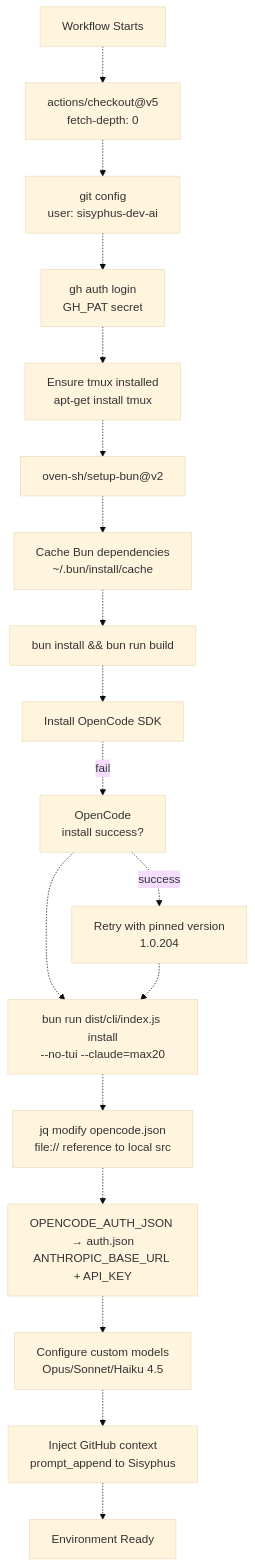
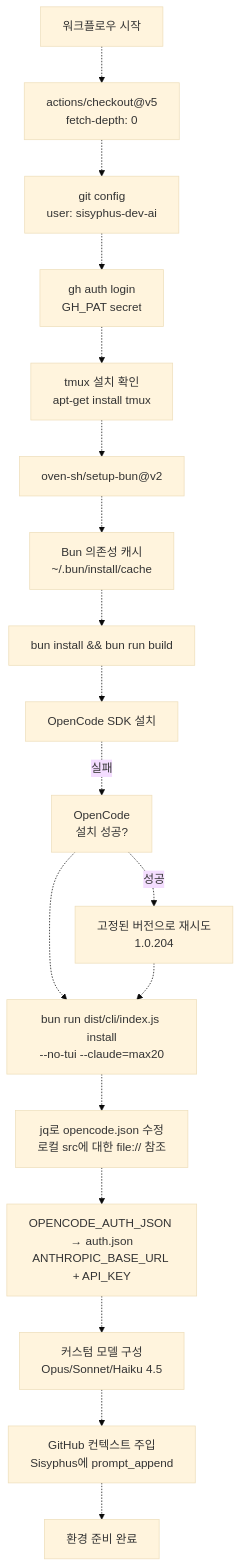
The third of 7 diagrams in docs/automation/github-actions-integration.md (felipetruman/oh-my-opencode-docs), drawn with Mermaid (base theme) before and after one commit. The commit also changed other lines of this file and 76 other files, not shown here.

````diff
--- a/docs/automation/github-actions-integration.md
+++ b/docs/automation/github-actions-integration.md
@@ -153,39 +153,39 @@
 ```mermaid
 flowchart TD
 
-Start["Workflow Starts"]
+Start["워크플로우 시작"]
 Checkout["actions/checkout@v5<br>fetch-depth: 0"]
 GitConfig["git config<br>user: sisyphus-dev-ai"]
 GHAuth["gh auth login<br>GH_PAT secret"]
-TmuxCheck["Ensure tmux installed<br>apt-get install tmux"]
+TmuxCheck["tmux 설치 확인<br>apt-get install tmux"]
 BunSetup["oven-sh/setup-bun@v2"]
-BunCache["Cache Bun dependencies<br>~/.bun/install/cache"]
+BunCache["Bun 의존성 캐시<br>~/.bun/install/cache"]
 BuildLocal["bun install && bun run build"]
-InstallOC["Install OpenCode SDK"]
-OCVersion["OpenCode<br>install success?"]
-Fallback["Retry with pinned version<br>1.0.204"]
+InstallOC["OpenCode SDK 설치"]
+OCVersion["OpenCode<br>설치 성공?"]
+Fallback["고정된 버전으로 재시도<br>1.0.204"]
 ConfigPlugin["bun run dist/cli/index.js install<br>--no-tui --claude=max20"]
-OverridePlugin["jq modify opencode.json<br>file:// reference to local src"]
+OverridePlugin["jq로 opencode.json 수정<br>로컬 src에 대한 file:// 참조"]
 InjectAuth["OPENCODE_AUTH_JSON → auth.json<br>ANTHROPIC_BASE_URL + API_KEY"]
-CustomModels["Configure custom models<br>Opus/Sonnet/Haiku 4.5"]
-PromptAppend["Inject GitHub context<br>prompt_append to Sisyphus"]
-Ready["Environment Ready"]
+CustomModels["커스텀 모델 구성<br>Opus/Sonnet/Haiku 4.5"]
+PromptAppend["GitHub 컨텍스트 주입<br>Sisyphus에 prompt_append"]
+Ready["환경 준비 완료"]
 
 Start -.-> Checkout
 Checkout -.-> GitConfig
 GitConfig -.-> GHAuth
 GHAuth -.-> TmuxCheck
 TmuxCheck -.-> BunSetup
 BunSetup -.-> BunCache
 BunCache -.-> BuildLocal
 BuildLocal -.-> InstallOC
-InstallOC -.->|"fail"| OCVersion
-OCVersion -.->|"success"| Fallback
+InstallOC -.->|"실패"| OCVersion
+OCVersion -.->|"성공"| Fallback
 OCVersion -.-> ConfigPlugin
 Fallback -.-> ConfigPlugin
 ConfigPlugin -.-> OverridePlugin
 OverridePlugin -.-> InjectAuth
 InjectAuth -.-> CustomModels
 CustomModels -.-> PromptAppend
 PromptAppend -.-> Ready
 ```
````
